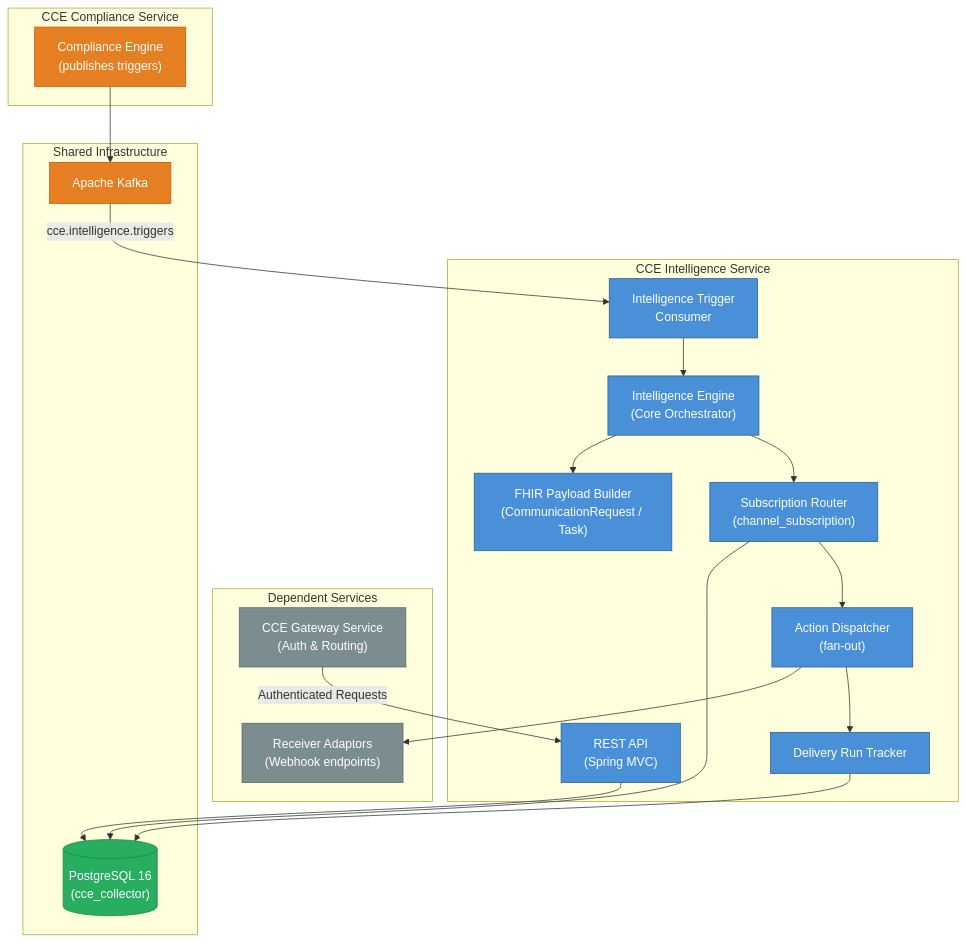
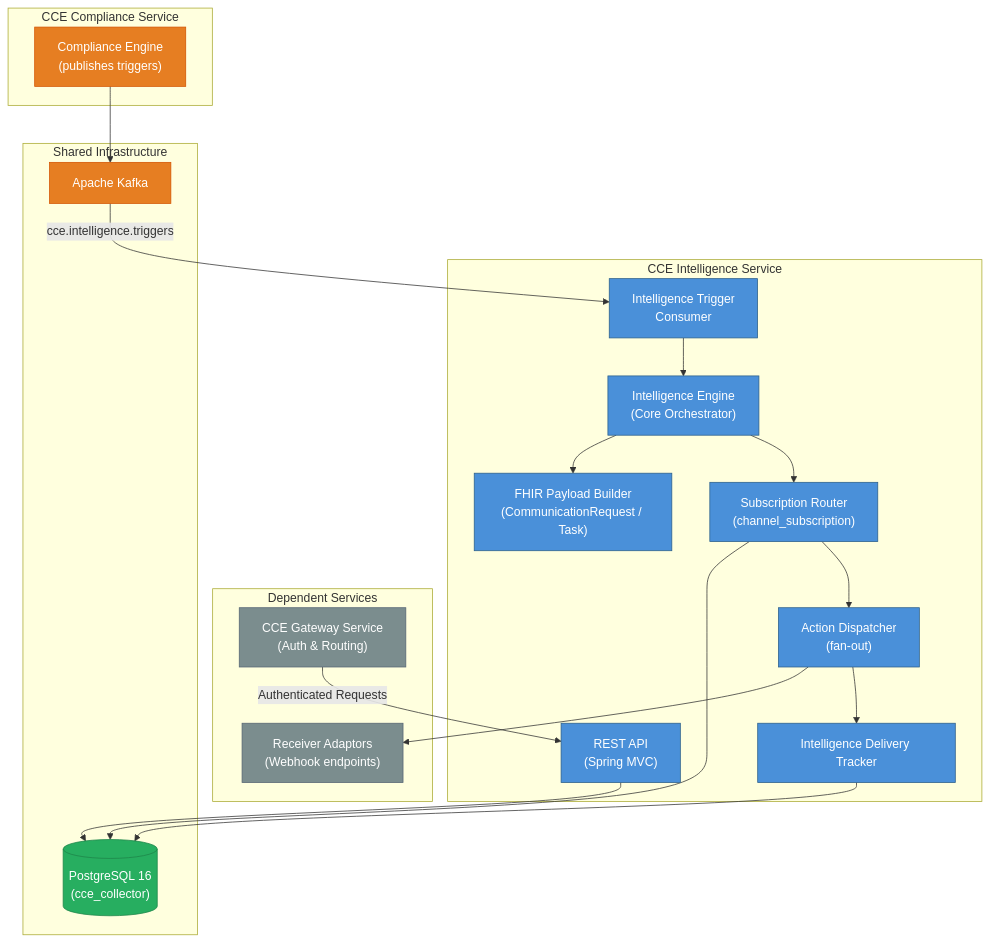
One commit to Jayaprakash8887/cce-intelligence-service changed the first of 6 diagrams in docs/architecture-overview.md. Above: the diagram before and after it, drawn with Mermaid. The commit also changed other lines of this file and 6 other files, not shown here.

First line of the commit message:
refactor: rename delivery_run and related entities to intelligence_delivery

````diff
--- a/docs/architecture-overview.md
+++ b/docs/architecture-overview.md
@@ -9,49 +9,49 @@
 ```mermaid
 graph TB
     subgraph Dependent Services
         GATEWAY["CCE Gateway Service<br/>(Auth & Routing)"]
         RECEIVER_WH["Receiver Adaptors<br/>(Webhook endpoints)"]
     end
 
     subgraph CCE Intelligence Service
         CONSUMER["Intelligence Trigger<br/>Consumer"]
         ENGINE["Intelligence Engine<br/>(Core Orchestrator)"]
         BUILDER["FHIR Payload Builder<br/>(CommunicationRequest / Task)"]
         ROUTER["Subscription Router<br/>(channel_subscription)"]
         DISPATCHER["Action Dispatcher<br/>(fan-out)"]
-        TRACKER["Delivery Run Tracker"]
+        TRACKER["Intelligence Delivery Tracker"]
         API["REST API<br/>(Spring MVC)"]
     end
 
     subgraph Shared Infrastructure
         DB[("PostgreSQL 16<br/>(cce_collector)")]
         KAFKA["Apache Kafka"]
     end
 
     subgraph CCE Compliance Service
         COMPLIANCE["Compliance Engine<br/>(publishes triggers)"]
     end
 
     COMPLIANCE --> KAFKA
     KAFKA -->|"cce.intelligence.triggers"| CONSUMER
     CONSUMER --> ENGINE
     ENGINE --> BUILDER
     ENGINE --> ROUTER
     ROUTER --> DB
     ROUTER --> DISPATCHER
     DISPATCHER --> RECEIVER_WH
     DISPATCHER --> TRACKER
     TRACKER --> DB
     API --> DB
     GATEWAY -->|"Authenticated Requests"| API
 
     classDef service fill:#4A90D9,stroke:#2C5F8A,color:white
     classDef external fill:#7B8D8E,stroke:#566573,color:white
     classDef data fill:#27AE60,stroke:#1E8449,color:white
     classDef broker fill:#E67E22,stroke:#D35400,color:white
 
     class CONSUMER,ENGINE,BUILDER,ROUTER,DISPATCHER,TRACKER,API service
     class GATEWAY,RECEIVER_WH external
     class DB data
     class KAFKA,COMPLIANCE broker
 ```
````
